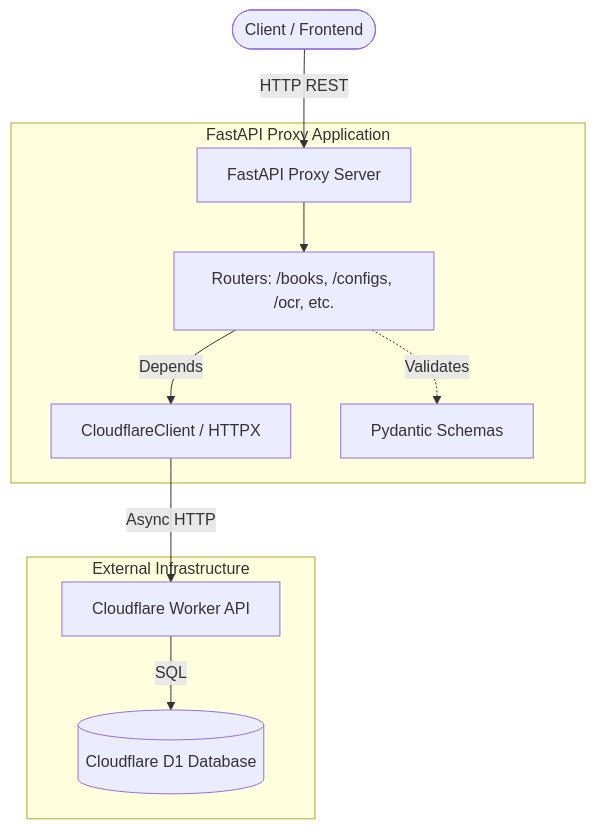
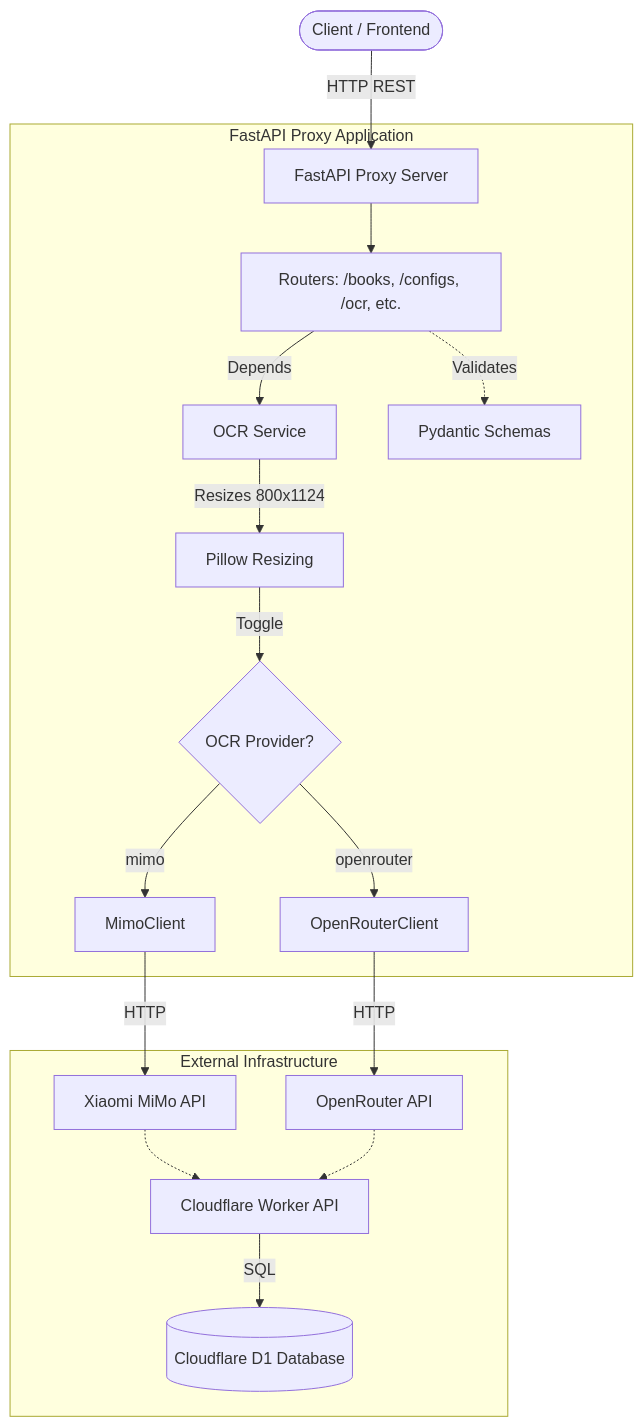
The diagram in AGENTS.md (baokha04/backup_sgk), drawn with Mermaid before and after one commit. The commit also changed other lines of this file and 7 other files, not shown here.

Commit message:
feat: mimo and ds2api client

````diff
--- a/AGENTS.md
+++ b/AGENTS.md
@@ -54,18 +57,25 @@
 ```mermaid
 graph TD
     %% Actors and Entry Points
     Client([Client / Frontend]) -->|HTTP REST| FastAPI[FastAPI Proxy Server]
     
     %% Internal Proxy Architecture
     subgraph FastAPI Proxy Application
         FastAPI --> API_Routers[Routers: /books, /configs, /ocr, etc.]
-        API_Routers --> |Depends| CF_Client[CloudflareClient / HTTPX]
+        API_Routers --> |Depends| OCR_Service[OCR Service]
+        OCR_Service --> |Resizes 800x1124| ImageProc[Pillow Resizing]
+        ImageProc --> |Toggle| ProviderSelection{OCR Provider?}
+        ProviderSelection -->|openrouter| OR_Client[OpenRouterClient]
+        ProviderSelection -->|mimo| MiMo_Client[MimoClient]
         API_Routers -.-> |Validates| Schemas[Pydantic Schemas]
     end
     
     %% External Services
     subgraph External Infrastructure
-        CF_Client -->|Async HTTP| CF_Worker[Cloudflare Worker API]
-        CF_Worker -->|SQL| D1[(Cloudflare D1 Database)]
+        OR_Client -->|HTTP| OR_API[OpenRouter API]
+        MiMo_Client -->|HTTP| MiMo_API[Xiaomi MiMo API]
+        MiMo_API -.-> CF_Worker
+        OR_API -.-> CF_Worker
+        CF_Worker[Cloudflare Worker API] -->|SQL| D1[(Cloudflare D1 Database)]
     end
 ```
````
